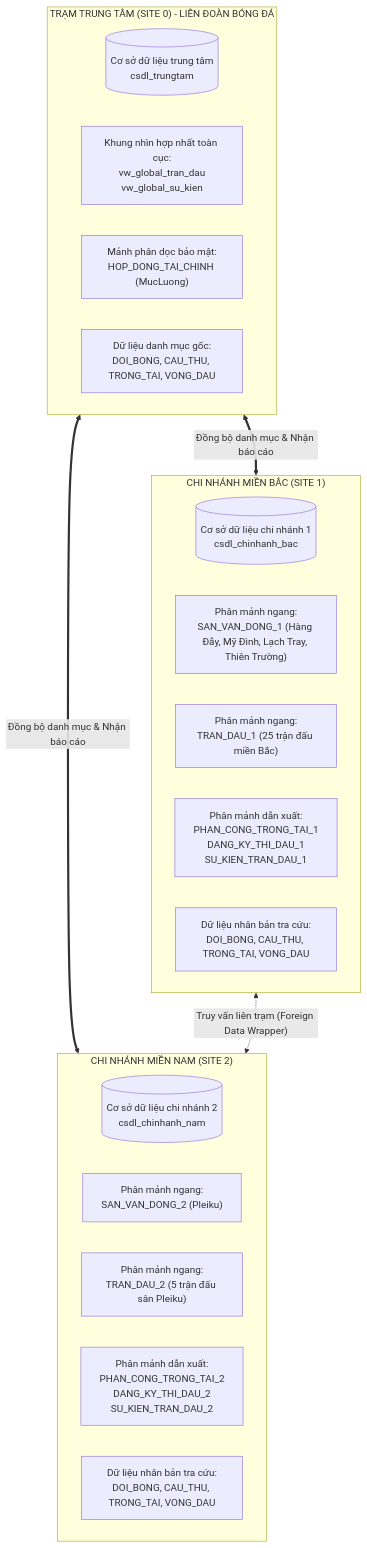
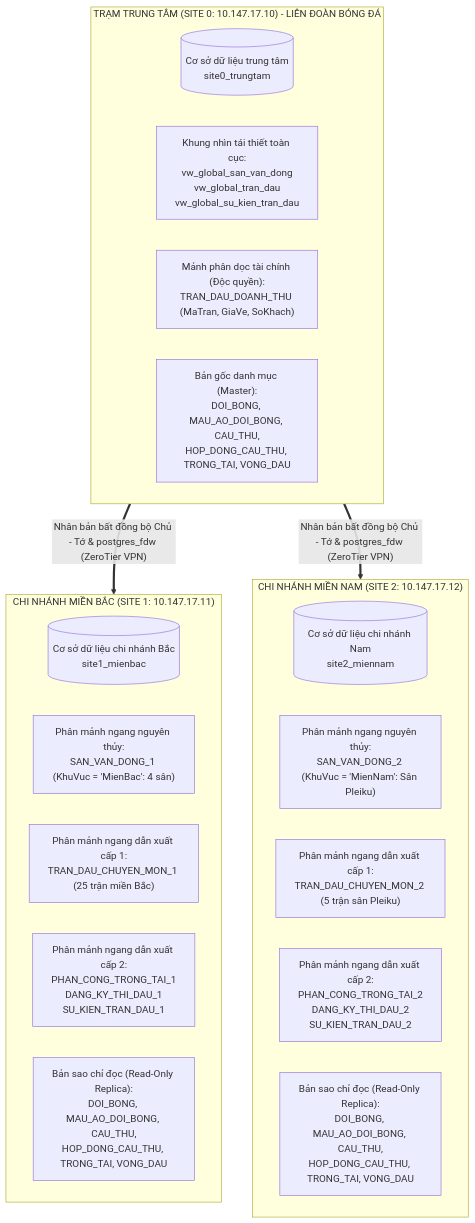
One commit to Duy-Thong/BTL-CSDL changed the fourth of 4 diagrams in docs/SO_DO_MERMAID_DRAWIO.md. Above: the diagram before and after it, drawn with Mermaid. The commit also changed other lines of this file and 23 other files, not shown here.

````diff
--- a/docs/SO_DO_MERMAID_DRAWIO.md
+++ b/docs/SO_DO_MERMAID_DRAWIO.md
@@ -279,30 +274,28 @@
 ```mermaid
 flowchart TD
-    subgraph Site0["TRẠM TRUNG TÂM (SITE 0) - LIÊN ĐOÀN BÓNG ĐÁ"]
-        DB0[("Cơ sở dữ liệu trung tâm\ncsdl_trungtam")]
-        GlobalViews["Khung nhìn hợp nhất toàn cục:\nvw_global_tran_dau\nvw_global_su_kien"]
-        SecFrag["Mảnh phân dọc bảo mật:\nHOP_DONG_TAI_CHINH (MucLuong)"]
-        CentralCatalog["Dữ liệu danh mục gốc:\nDOI_BONG, CAU_THU, TRONG_TAI, VONG_DAU"]
+    subgraph Site0["TRẠM TRUNG TÂM (SITE 0: 10.147.17.10) - LIÊN ĐOÀN BÓNG ĐÁ"]
+        DB0[("Cơ sở dữ liệu trung tâm\nsite0_trungtam")]
+        GlobalViews["Khung nhìn tái thiết toàn cục:\nvw_global_san_van_dong\nvw_global_tran_dau\nvw_global_su_kien_tran_dau"]
+        SecFrag["Mảnh phân dọc tài chính (Độc quyền):\nTRAN_DAU_DOANH_THU (MaTran, GiaVe, SoKhach)"]
+        CentralCatalog["Bản gốc danh mục (Master):\nDOI_BONG, MAU_AO_DOI_BONG, CAU_THU,\nHOP_DONG_CAU_THU, TRONG_TAI, VONG_DAU"]
     end
 
-    subgraph Site1["CHI NHÁNH MIỀN BẮC (SITE 1)"]
-        DB1[("Cơ sở dữ liệu chi nhánh 1\ncsdl_chinhanh_bac")]
-        Frag1_San["Phân mảnh ngang:\nSAN_VAN_DONG_1 (Hàng Đẫy, Mỹ Đình, Lạch Tray, Thiên Trường)"]
-        Frag1_Tran["Phân mảnh ngang:\nTRAN_DAU_1 (25 trận đấu miền Bắc)"]
-        Frag1_PK["Phân mảnh dẫn xuất:\nPHAN_CONG_TRONG_TAI_1\nDANG_KY_THI_DAU_1\nSU_KIEN_TRAN_DAU_1"]
-        Replica1["Dữ liệu nhân bản tra cứu:\nDOI_BONG, CAU_THU, TRONG_TAI, VONG_DAU"]
+    subgraph Site1["CHI NHÁNH MIỀN BẮC (SITE 1: 10.147.17.11)"]
+        DB1[("Cơ sở dữ liệu chi nhánh Bắc\nsite1_mienbac")]
+        Frag1_San["Phân mảnh ngang nguyên thủy:\nSAN_VAN_DONG_1 (KhuVuc = 'MienBac': 4 sân)"]
+        Frag1_Tran["Phân mảnh ngang dẫn xuất cấp 1:\nTRAN_DAU_CHUYEN_MON_1 (25 trận miền Bắc)"]
+        Frag1_PK["Phân mảnh ngang dẫn xuất cấp 2:\nPHAN_CONG_TRONG_TAI_1\nDANG_KY_THI_DAU_1\nSU_KIEN_TRAN_DAU_1"]
+        Replica1["Bản sao chỉ đọc (Read-Only Replica):\nDOI_BONG, MAU_AO_DOI_BONG, CAU_THU,\nHOP_DONG_CAU_THU, TRONG_TAI, VONG_DAU"]
     end
 
-    subgraph Site2["CHI NHÁNH MIỀN NAM (SITE 2)"]
-        DB2[("Cơ sở dữ liệu chi nhánh 2\ncsdl_chinhanh_nam")]
-        Frag2_San["Phân mảnh ngang:\nSAN_VAN_DONG_2 (Pleiku)"]
-        Frag2_Tran["Phân mảnh ngang:\nTRAN_DAU_2 (5 trận đấu sân Pleiku)"]
-        Frag2_PK["Phân mảnh dẫn xuất:\nPHAN_CONG_TRONG_TAI_2\nDANG_KY_THI_DAU_2\nSU_KIEN_TRAN_DAU_2"]
-        Replica2["Dữ liệu nhân bản tra cứu:\nDOI_BONG, CAU_THU, TRONG_TAI, VONG_DAU"]
+    subgraph Site2["CHI NHÁNH MIỀN NAM (SITE 2: 10.147.17.12)"]
+        DB2[("Cơ sở dữ liệu chi nhánh Nam\nsite2_miennam")]
+        Frag2_San["Phân mảnh ngang nguyên thủy:\nSAN_VAN_DONG_2 (KhuVuc = 'MienNam': Sân Pleiku)"]
+        Frag2_Tran["Phân mảnh ngang dẫn xuất cấp 1:\nTRAN_DAU_CHUYEN_MON_2 (5 trận sân Pleiku)"]
+        Frag2_PK["Phân mảnh ngang dẫn xuất cấp 2:\nPHAN_CONG_TRONG_TAI_2\nDANG_KY_THI_DAU_2\nSU_KIEN_TRAN_DAU_2"]
+        Replica2["Bản sao chỉ đọc (Read-Only Replica):\nDOI_BONG, MAU_AO_DOI_BONG, CAU_THU,\nHOP_DONG_CAU_THU, TRONG_TAI, VONG_DAU"]
     end
 
-    %% Đường kết nối
-    Site0 <== "Đồng bộ danh mục & Nhận báo cáo" ==> Site1
-    Site0 <== "Đồng bộ danh mục & Nhận báo cáo" ==> Site2
-    Site1 <-. "Truy vấn liên trạm (Foreign Data Wrapper)" .-> Site2
+    Site0 == "Nhân bản bất đồng bộ Chủ - Tớ & postgres_fdw (ZeroTier VPN)" ==> Site1
+    Site0 == "Nhân bản bất đồng bộ Chủ - Tớ & postgres_fdw (ZeroTier VPN)" ==> Site2
 ```
````
